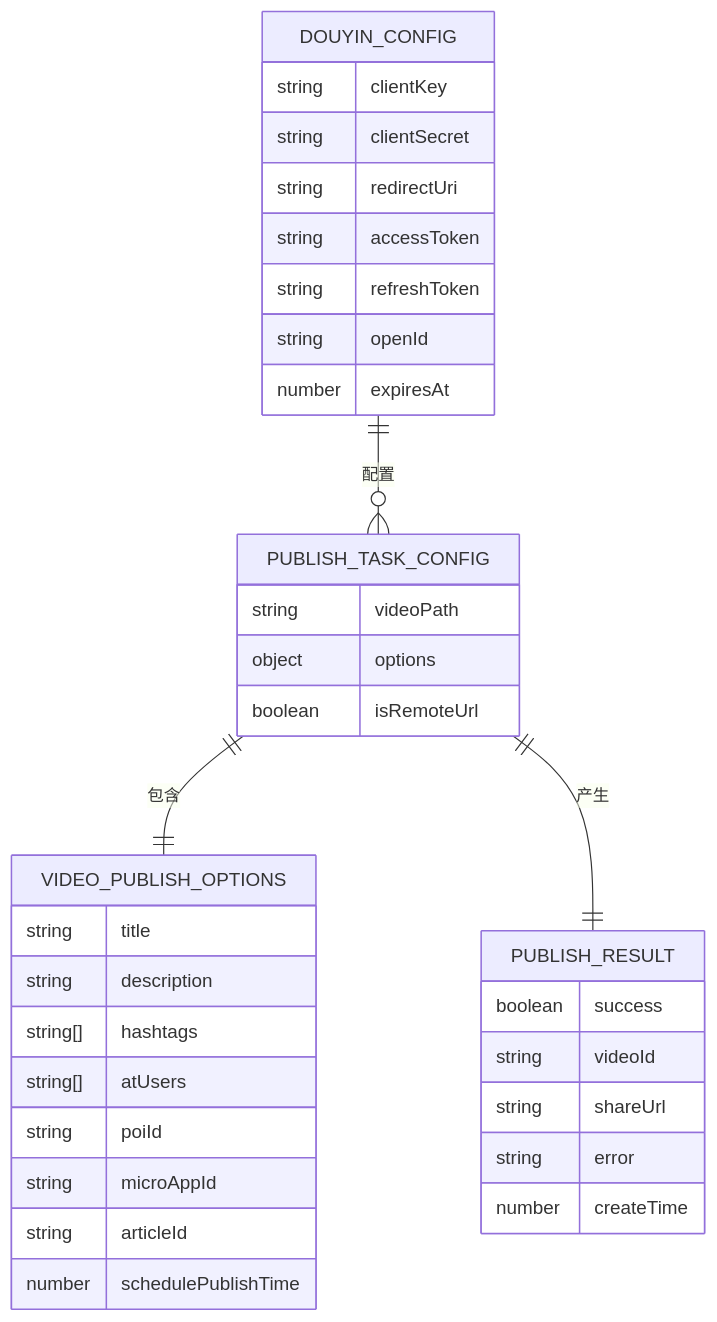
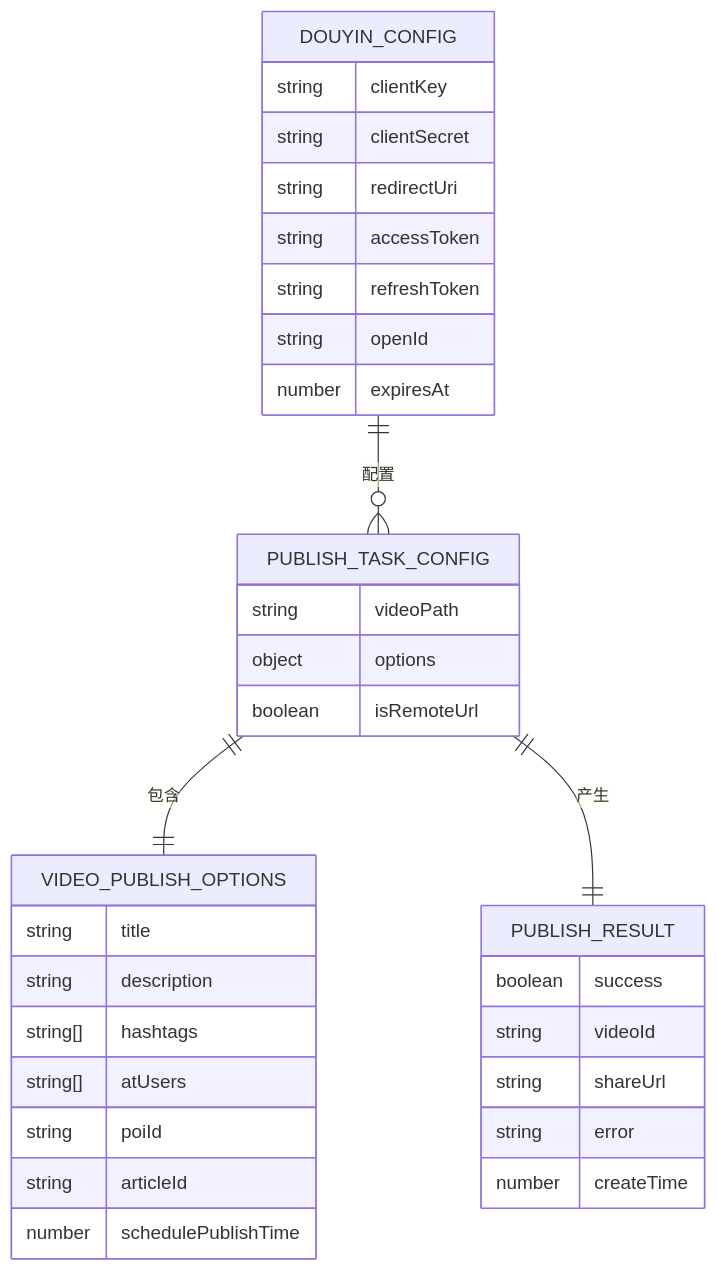
Diagram 14 of 17 in .qoder/repowiki/zh/content/核心模块详解/MCP服务器集成.md (songdiyang/clawOperations), drawn with Mermaid before and after one commit. The commit also changed other lines of this file and 10 other files, not shown here.

````diff
--- a/.qoder/repowiki/zh/content/核心模块详解/MCP服务器集成.md
+++ b/.qoder/repowiki/zh/content/核心模块详解/MCP服务器集成.md
@@ -466,37 +561,36 @@
 ```mermaid
 erDiagram
 DOUYIN_CONFIG {
 string clientKey
 string clientSecret
 string redirectUri
 string accessToken
 string refreshToken
 string openId
 number expiresAt
 }
 PUBLISH_TASK_CONFIG {
 string videoPath
 object options
 boolean isRemoteUrl
 }
 VIDEO_PUBLISH_OPTIONS {
 string title
 string description
 string[] hashtags
 string[] atUsers
 string poiId
-string microAppId
 string articleId
 number schedulePublishTime
 }
 PUBLISH_RESULT {
 boolean success
 string videoId
 string shareUrl
 string error
 number createTime
 }
 DOUYIN_CONFIG ||--o{ PUBLISH_TASK_CONFIG : "配置"
 PUBLISH_TASK_CONFIG ||--|| VIDEO_PUBLISH_OPTIONS : "包含"
 PUBLISH_TASK_CONFIG ||--|| PUBLISH_RESULT : "产生"
 ```
````
